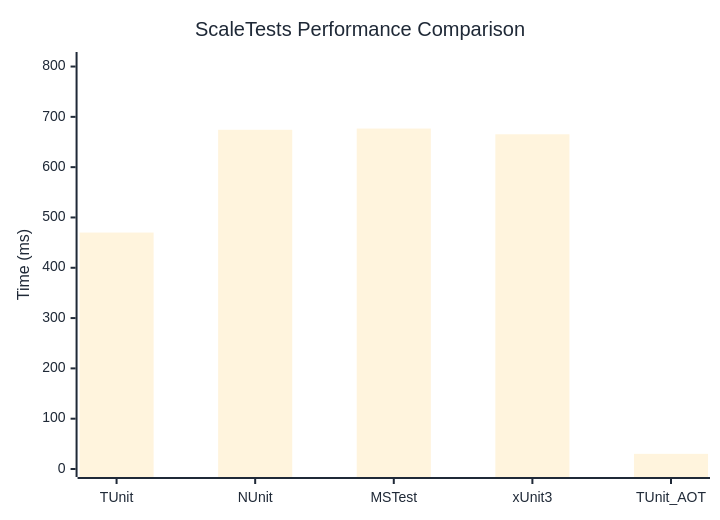
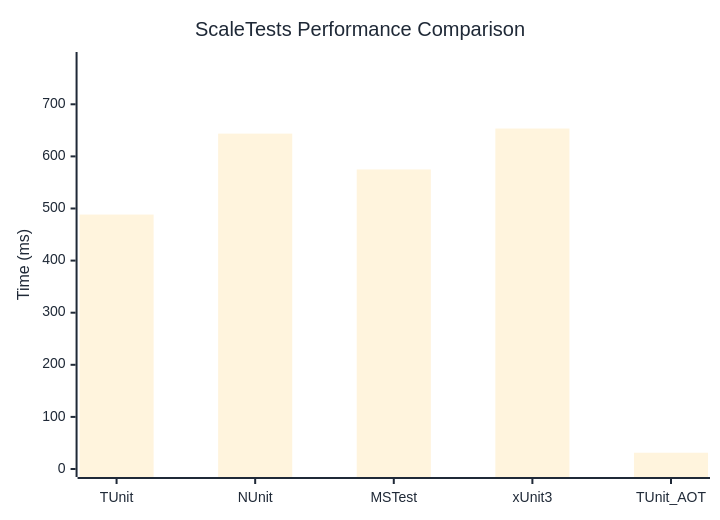
One commit to weiyilai/TUnit changed the diagram in docs/docs/benchmarks/ScaleTests.md. Above: the diagram before and after it, drawn with Mermaid. The commit also changed other lines of this file and 17 other files, not shown here.

````diff
--- a/docs/docs/benchmarks/ScaleTests.md
+++ b/docs/docs/benchmarks/ScaleTests.md
@@ -27,37 +27,37 @@
 ```mermaid
 %%{init: {
   'theme':'base',
   'themeVariables': {
     'primaryColor': '#2563eb',
     'primaryTextColor': '#1f2937',
     'primaryBorderColor': '#1e40af',
     'lineColor': '#6b7280',
     'secondaryColor': '#7c3aed',
     'tertiaryColor': '#dc2626',
     'background': '#ffffff',
     'mainBkg': '#2563eb',
     'secondBkg': '#7c3aed',
     'tertiaryBkg': '#dc2626',
     'clusterBkg': '#f3f4f6',
     'edgeLabelBackground': '#ffffff',
     'tertiaryTextColor': '#1f2937',
     'pie1': '#2563eb',
     'pie2': '#7c3aed',
     'pie3': '#dc2626',
     'pie4': '#f59e0b',
     'pie5': '#10b981',
     'pie6': '#06b6d4',
     'pie7': '#ec4899',
     'pie8': '#6366f1',
     'pie9': '#84cc16',
     'pie10': '#f97316',
     'pie11': '#14b8a6',
     'pie12': '#a855f7'
   }
 }}%%
 xychart-beta
   title "ScaleTests Performance Comparison"
   x-axis ["TUnit", "NUnit", "MSTest", "xUnit3", "TUnit_AOT"]
-  y-axis "Time (ms)" 0 --> 813
-  bar [470.01, 674.28, 676.74, 665.35, 30.11]
+  y-axis "Time (ms)" 0 --> 785
+  bar [488.36, 643.68, 574.94, 653.47, 31.22]
 ```
````
